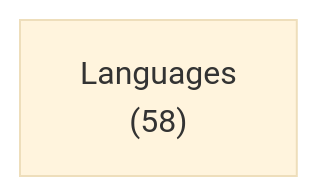
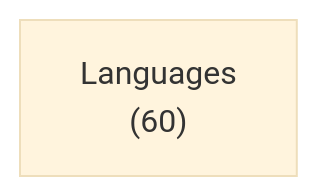
Before and after one commit to ruudkoot/rune: the first of 2 diagrams in docs/lib/language/haskell/depends.md, drawn with Mermaid (base theme). The commit also changed other lines of this file and 30 other files, not shown here.

````diff
--- a/docs/lib/language/haskell/depends.md
+++ b/docs/lib/language/haskell/depends.md
@@ -24,4 +24,4 @@
 ```mermaid
 flowchart LR
-  a0["Languages<br>(58)"]
+  a0["Languages<br>(60)"]
 ```
````
